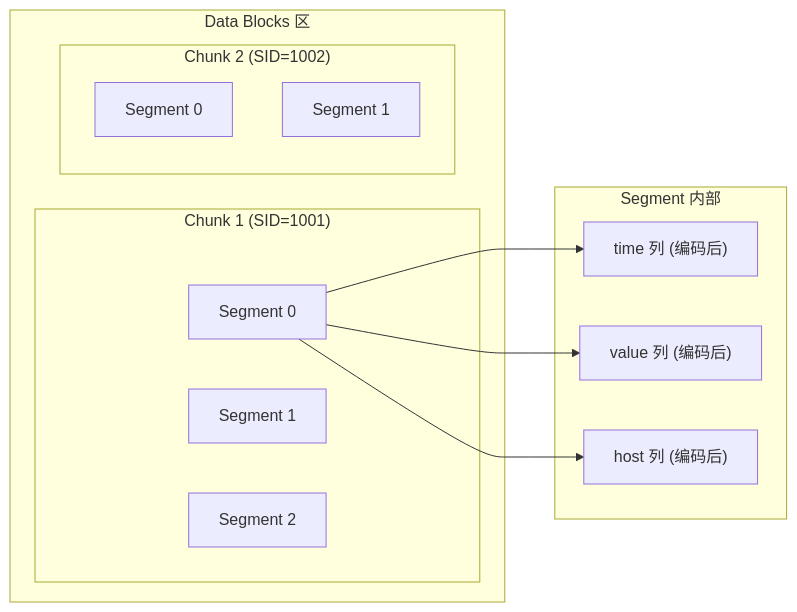
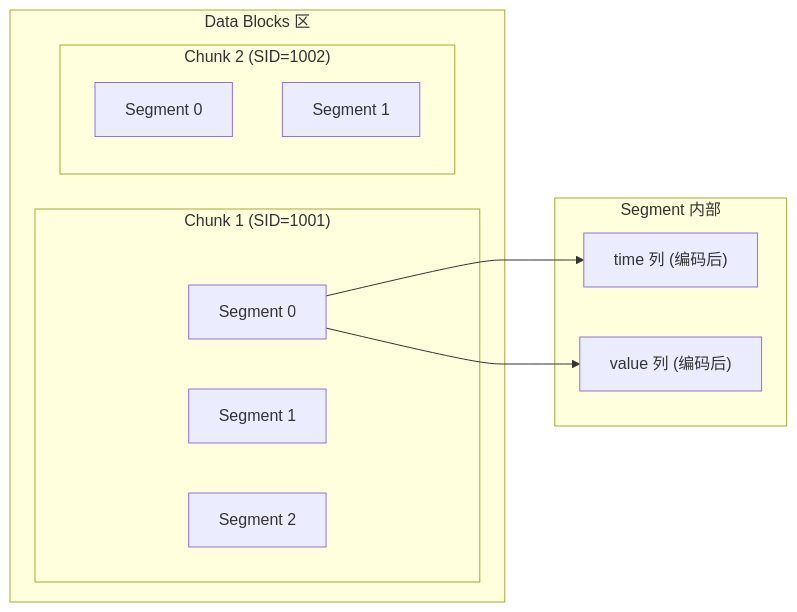
The fourth of 10 diagrams in docs/specs/13_tssp_file_format_spec.md (stefanv5/openGemini), drawn with Mermaid before and after one commit. The commit also changed other lines of this file and 37 other files, not shown here.

````diff
--- a/docs/specs/13_tssp_file_format_spec.md
+++ b/docs/specs/13_tssp_file_format_spec.md
@@ -280,24 +283,22 @@
 ```mermaid
 graph LR
     subgraph "Data Blocks 区"
         subgraph "Chunk 1 (SID=1001)"
             S1["Segment 0"]
             S2["Segment 1"]
             S3["Segment 2"]
         end
         subgraph "Chunk 2 (SID=1002)"
             S4["Segment 0"]
             S5["Segment 1"]
         end
     end
 
     subgraph "Segment 内部"
         T["time 列 (编码后)"]
         V["value 列 (编码后)"]
-        H["host 列 (编码后)"]
     end
 
     S1 --> T
     S1 --> V
-    S1 --> H
 ```
````
